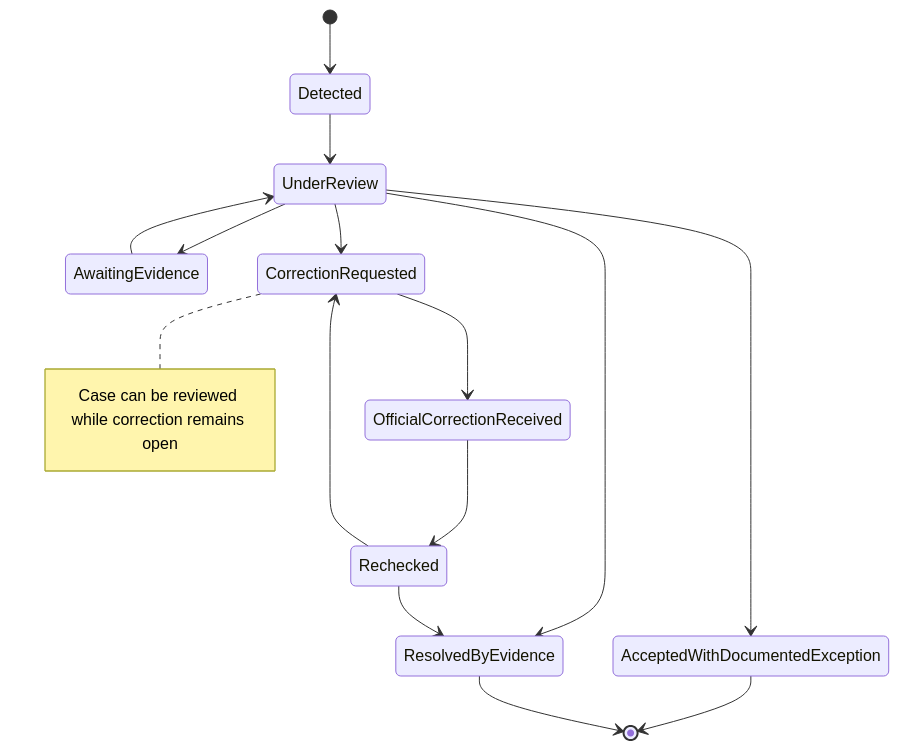
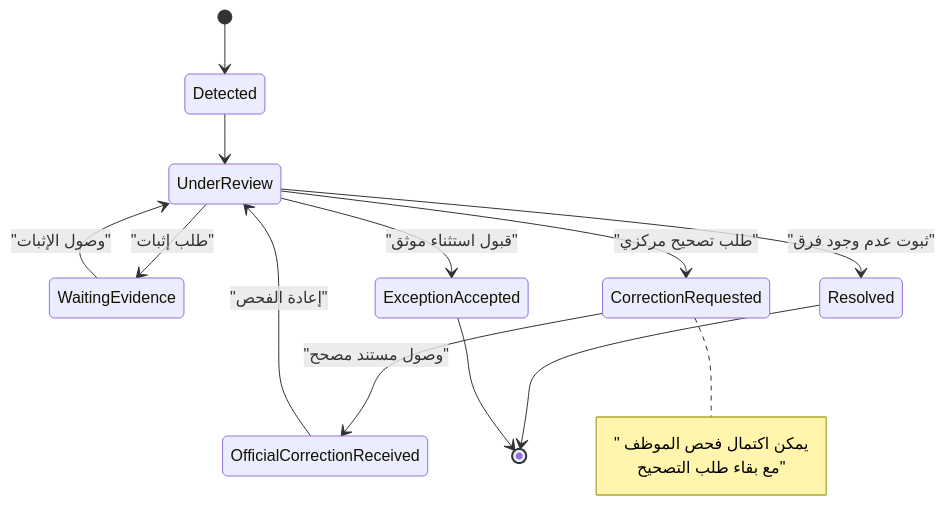
The sixth of 6 diagrams in docs/architecture/UML-WORKFLOWS.md (AlexandriaDeveloper/PayrollReviewSystem), drawn with Mermaid before and after one commit. The commit also changed other lines of this file and 40 other files, not shown here.

First line of the commit message:
docs: Arabic documentation across repository with ERD/UML worked examples

````diff
--- a/docs/architecture/UML-WORKFLOWS.md
+++ b/docs/architecture/UML-WORKFLOWS.md
@@ -147,17 +135,15 @@
 ```mermaid
 stateDiagram-v2
   [*] --> Detected
   Detected --> UnderReview
-  UnderReview --> AwaitingEvidence
-  UnderReview --> CorrectionRequested
-  UnderReview --> AcceptedWithDocumentedException
-  UnderReview --> ResolvedByEvidence
-  CorrectionRequested --> OfficialCorrectionReceived
-  OfficialCorrectionReceived --> Rechecked
-  Rechecked --> ResolvedByEvidence
-  Rechecked --> CorrectionRequested
-  AwaitingEvidence --> UnderReview
-  AcceptedWithDocumentedException --> [*]
-  ResolvedByEvidence --> [*]
-  Note right of CorrectionRequested: Case can be reviewed while correction remains open
+  UnderReview --> WaitingEvidence: "طلب إثبات"
+  WaitingEvidence --> UnderReview: "وصول الإثبات"
+  UnderReview --> CorrectionRequested: "طلب تصحيح مركزي"
+  UnderReview --> ExceptionAccepted: "قبول استثناء موثق"
+  UnderReview --> Resolved: "ثبوت عدم وجود فرق"
+  CorrectionRequested --> OfficialCorrectionReceived: "وصول مستند مصحح"
+  OfficialCorrectionReceived --> UnderReview: "إعادة الفحص"
+  Resolved --> [*]
+  ExceptionAccepted --> [*]
+  Note right of CorrectionRequested: "يمكن اكتمال فحص الموظف مع بقاء طلب التصحيح"
 ```
````
